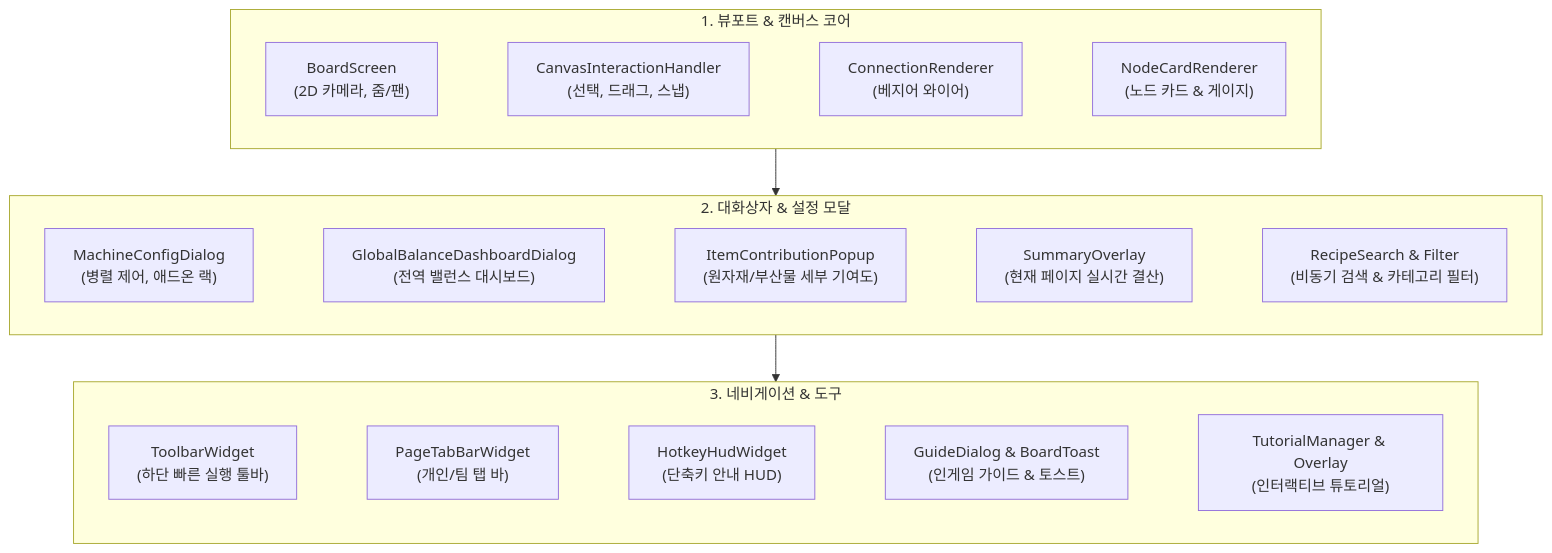
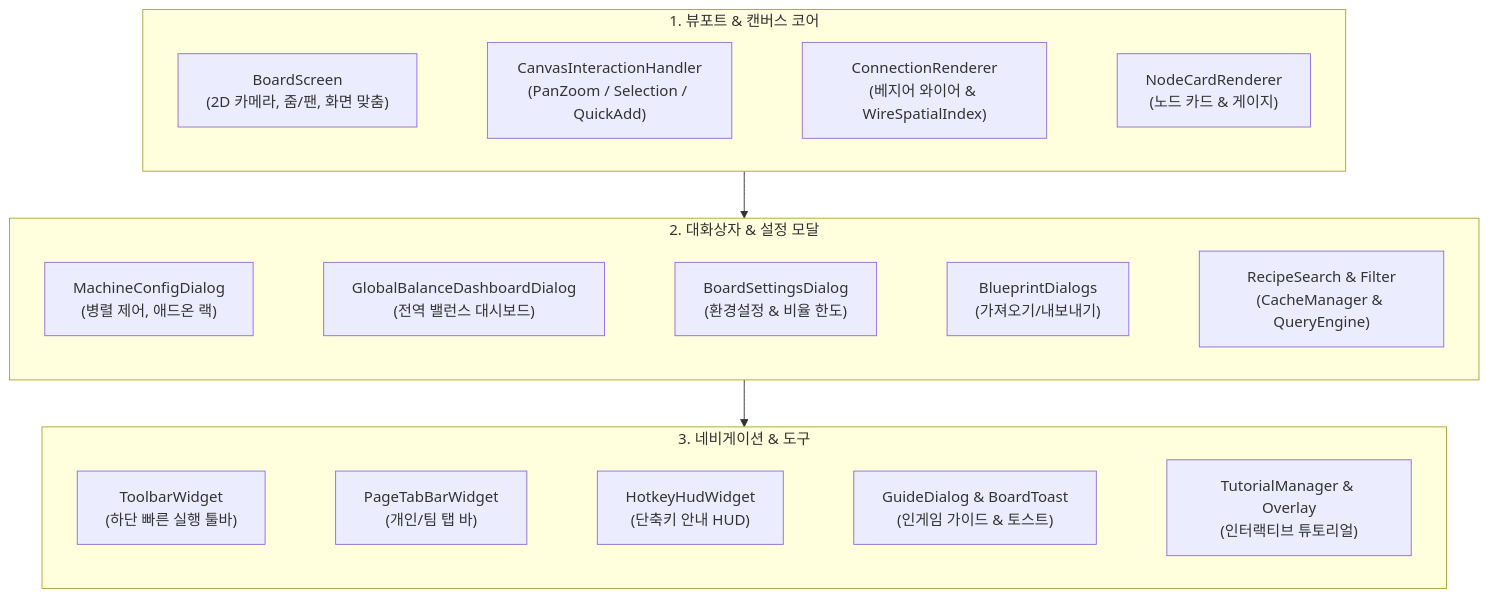
The diagram in docs/ko_kr/spec/03_UI_AND_RENDERING_PIPELINE.md (Amvermain/GregTechCalculatorBoard), drawn with Mermaid before and after one commit. The commit also changed 191 other files, not shown here.

````diff
--- a/docs/ko_kr/spec/03_UI_AND_RENDERING_PIPELINE.md
+++ b/docs/ko_kr/spec/03_UI_AND_RENDERING_PIPELINE.md
@@ -12,20 +12,20 @@
 ```mermaid
 flowchart TB
     subgraph Viewport["1. 뷰포트 & 캔버스 코어"]
         direction LR
-        BS["BoardScreen<br/>(2D 카메라, 줌/팬)"] ~~~ CIH["CanvasInteractionHandler<br/>(선택, 드래그, 스냅)"] ~~~ CR["ConnectionRenderer<br/>(베지어 와이어)"] ~~~ NCR["NodeCardRenderer<br/>(노드 카드 & 게이지)"]
+        BS["BoardScreen<br/>(2D 카메라, 줌/팬, 화면 맞춤)"] ~~~ CIH["CanvasInteractionHandler<br/>(PanZoom / Selection / QuickAdd)"] ~~~ CR["ConnectionRenderer<br/>(베지어 와이어 & WireSpatialIndex)"] ~~~ NCR["NodeCardRenderer<br/>(노드 카드 & 게이지)"]
     end
 
     subgraph Dialogs["2. 대화상자 & 설정 모달"]
         direction LR
-        MCD["MachineConfigDialog<br/>(병렬 제어, 애드온 랙)"] ~~~ GBD["GlobalBalanceDashboardDialog<br/>(전역 밸런스 대시보드)"] ~~~ ICP["ItemContributionPopup<br/>(원자재/부산물 세부 기여도)"] ~~~ SO["SummaryOverlay<br/>(현재 페이지 실시간 결산)"] ~~~ RSD["RecipeSearch & Filter<br/>(비동기 검색 & 카테고리 필터)"]
+        MCD["MachineConfigDialog<br/>(병렬 제어, 애드온 랙)"] ~~~ GBD["GlobalBalanceDashboardDialog<br/>(전역 밸런스 대시보드)"] ~~~ BSD["BoardSettingsDialog<br/>(환경설정 & 비율 한도)"] ~~~ BPD["BlueprintDialogs<br/>(가져오기/내보내기)"] ~~~ RSD["RecipeSearch & Filter<br/>(CacheManager & QueryEngine)"]
     end
 
     subgraph Nav["3. 네비게이션 & 도구"]
         direction LR
         TBW["ToolbarWidget<br/>(하단 빠른 실행 툴바)"] ~~~ PTB["PageTabBarWidget<br/>(개인/팀 탭 바)"] ~~~ HUD["HotkeyHudWidget<br/>(단축키 안내 HUD)"] ~~~ GD["GuideDialog & BoardToast<br/>(인게임 가이드 & 토스트)"] ~~~ TUT["TutorialManager & Overlay<br/>(인터랙티브 튜토리얼)"]
     end
 
     Viewport --> Dialogs
     Dialogs --> Nav
 ```
````
